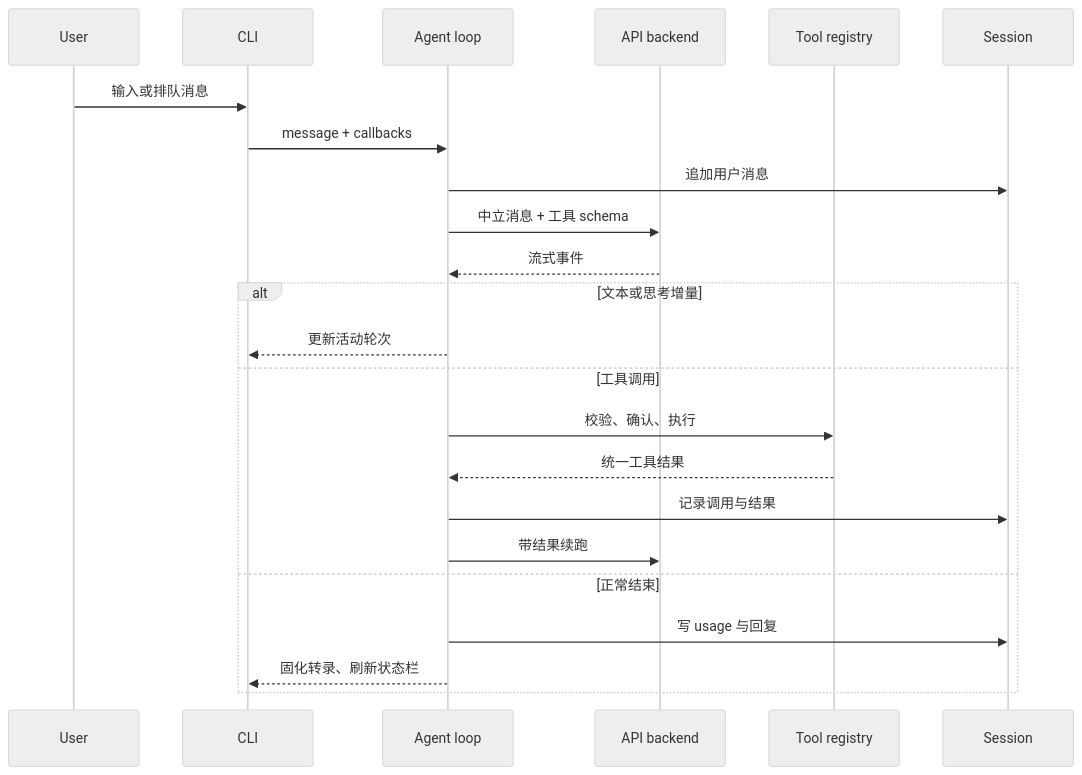
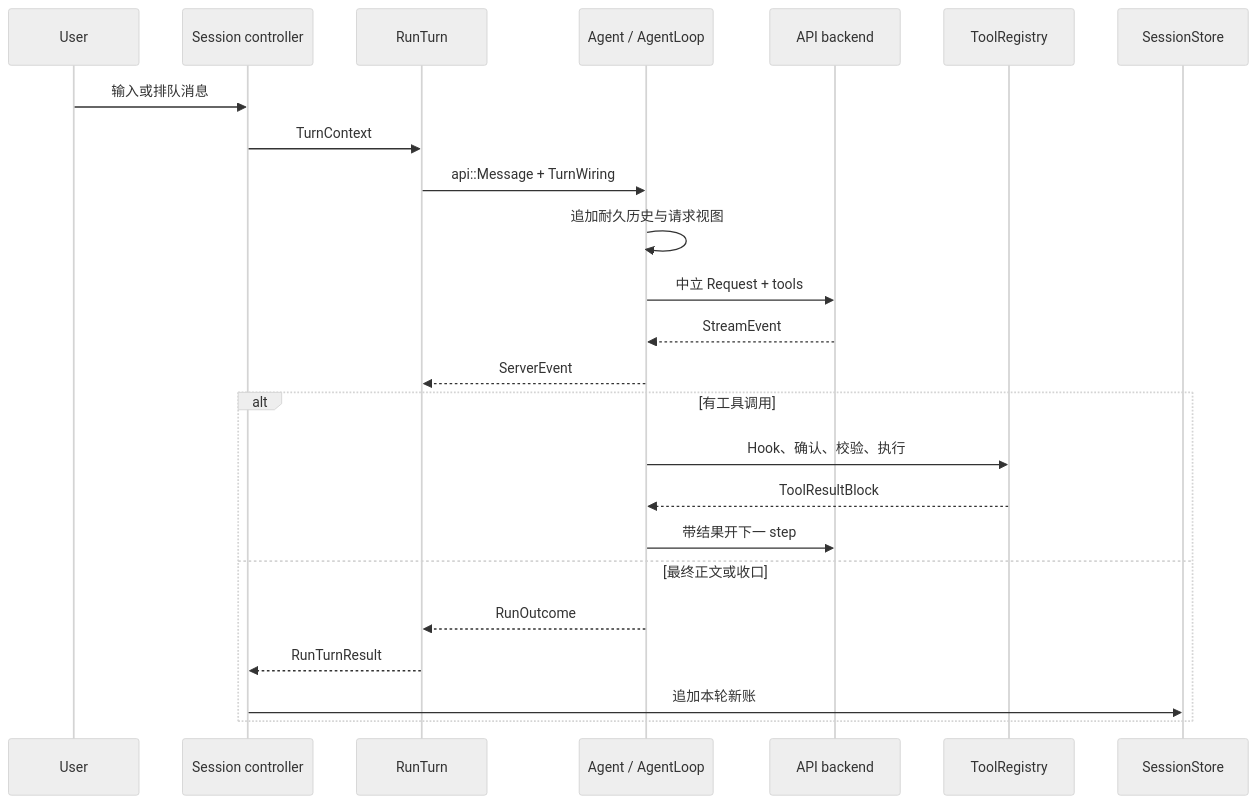
One commit to relic-yuexi/LubanCode changed the second of 2 diagrams in docs/architecture/README.md. Above: the diagram before and after it, drawn with Mermaid (neutral theme). The commit also changed other lines of this file and 18 other files, not shown here.

Commit message:
docs(architecture): 对齐会话拆分与四协议边界

````diff
--- a/docs/architecture/README.md
+++ b/docs/architecture/README.md
@@ -61,26 +117,29 @@
 ```mermaid
 sequenceDiagram
+    accTitle: 交互回合生命周期
+    accDescr: 一轮输入经会话控制器、RunTurn 与 Agent 推进，期间可多次请求模型和执行工具，收束后写入会话记录。
     participant U as User
-    participant C as CLI
-    participant A as Agent loop
+    participant C as Session controller
+    participant R as RunTurn
+    participant A as Agent / AgentLoop
     participant B as API backend
-    participant T as Tool registry
-    participant S as Session
+    participant T as ToolRegistry
+    participant S as SessionStore
 
     U->>C: 输入或排队消息
-    C->>A: message + callbacks
-    A->>S: 追加用户消息
-    A->>B: 中立消息 + 工具 schema
-    B-->>A: 流式事件
-    alt 文本或思考增量
-        A-->>C: 更新活动轮次
-    else 工具调用
-        A->>T: 校验、确认、执行
-        T-->>A: 统一工具结果
-        A->>S: 记录调用与结果
-        A->>B: 带结果续跑
-    else 正常结束
-        A->>S: 写 usage 与回复
-        A-->>C: 固化转录、刷新状态栏
+    C->>R: TurnContext
+    R->>A: api::Message + TurnWiring
+    A->>A: 追加耐久历史与请求视图
+    A->>B: 中立 Request + tools
+    B-->>A: StreamEvent
+    A-->>R: ServerEvent
+    alt 有工具调用
+        A->>T: Hook、确认、校验、执行
+        T-->>A: ToolResultBlock
+        A->>B: 带结果开下一 step
+    else 最终正文或收口
+        A-->>R: RunOutcome
+        R-->>C: RunTurnResult
+        C->>S: 追加本轮新账
     end
 ```
````
